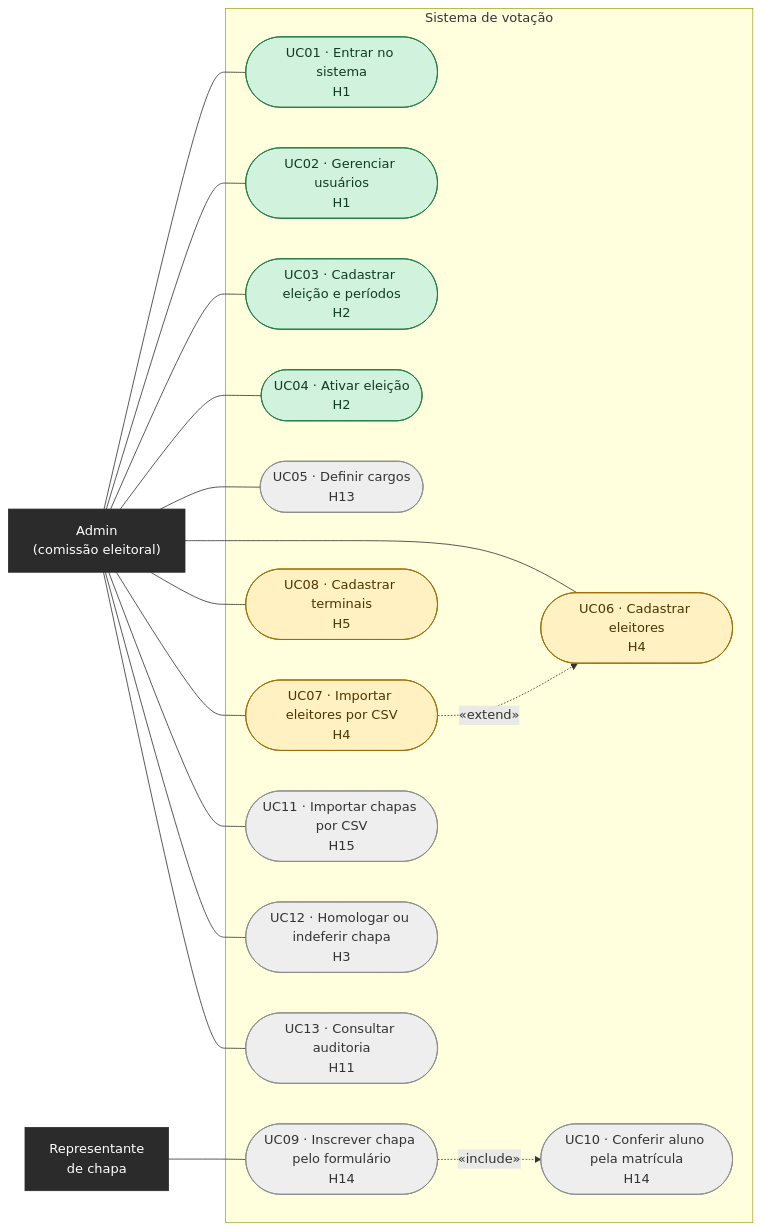
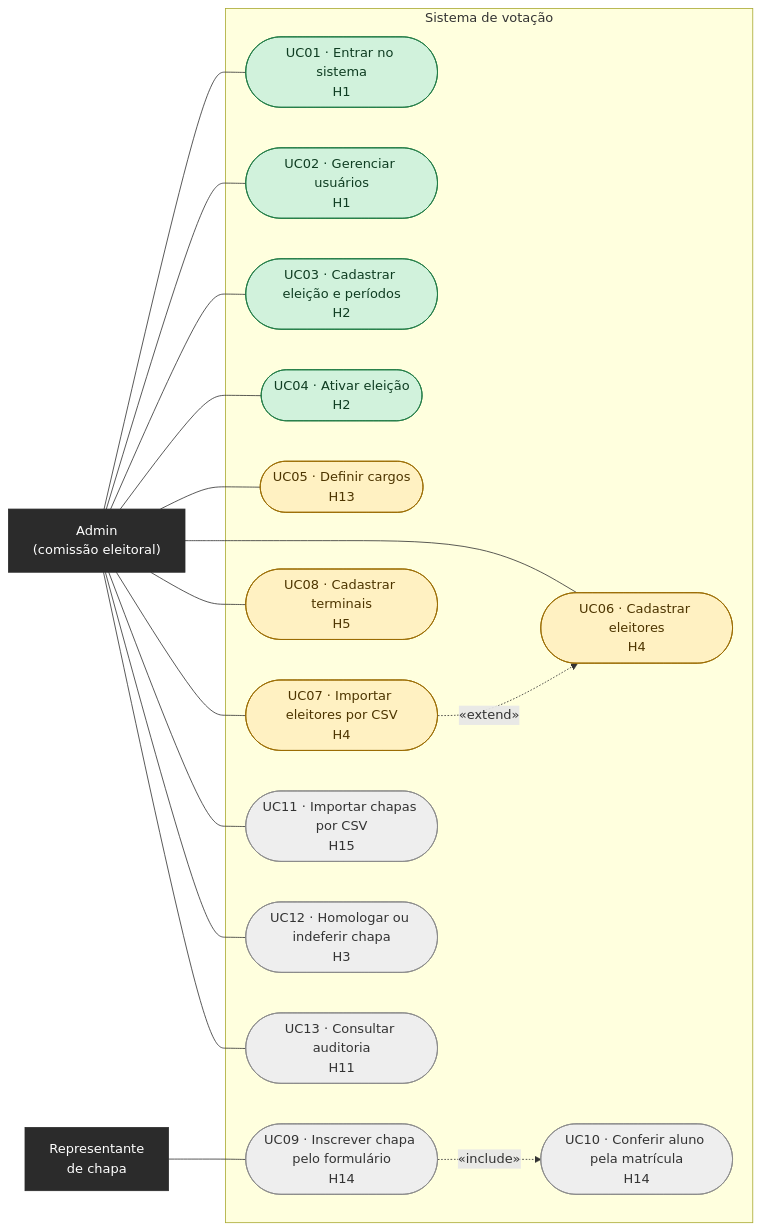
The second of 8 diagrams in docs/DIAGRAMAS.md (prof-ronildo-unicatolica/votacao-digitech), drawn with Mermaid before and after one commit.

Commit message:
docs: caso de uso UC05 (definir cargos) em revisão (H13)

````diff
--- a/docs/DIAGRAMAS.md
+++ b/docs/DIAGRAMAS.md
@@ -29,45 +29,45 @@
 ```mermaid
 flowchart LR
     ADM["Admin<br/>(comissão eleitoral)"]:::ator
     REP["Representante<br/>de chapa"]:::ator
 
     subgraph SIS["Sistema de votação"]
         UC01(["UC01 · Entrar no sistema<br/>H1"])
         UC02(["UC02 · Gerenciar usuários<br/>H1"])
         UC03(["UC03 · Cadastrar eleição e períodos<br/>H2"])
         UC04(["UC04 · Ativar eleição<br/>H2"])
         UC05(["UC05 · Definir cargos<br/>H13"])
         UC06(["UC06 · Cadastrar eleitores<br/>H4"])
         UC07(["UC07 · Importar eleitores por CSV<br/>H4"])
         UC08(["UC08 · Cadastrar terminais<br/>H5"])
         UC09(["UC09 · Inscrever chapa pelo formulário<br/>H14"])
         UC10(["UC10 · Conferir aluno pela matrícula<br/>H14"])
         UC11(["UC11 · Importar chapas por CSV<br/>H15"])
         UC12(["UC12 · Homologar ou indeferir chapa<br/>H3"])
         UC13(["UC13 · Consultar auditoria<br/>H11"])
     end
 
     ADM --- UC01
     ADM --- UC02
     ADM --- UC03
     ADM --- UC04
     ADM --- UC05
     ADM --- UC06
     ADM --- UC07
     ADM --- UC08
     ADM --- UC11
     ADM --- UC12
     ADM --- UC13
     REP --- UC09
 
     UC07 -. "«extend»" .-> UC06
     UC09 -. "«include»" .-> UC10
 
     class UC01,UC02,UC03,UC04 feito
-    class UC06,UC07,UC08 revisao
-    class UC05,UC09,UC10,UC11,UC12,UC13 afazer
+    class UC05,UC06,UC07,UC08 revisao
+    class UC09,UC10,UC11,UC12,UC13 afazer
     classDef ator fill:#2b2b2b,stroke:#2b2b2b,color:#ffffff
     classDef feito fill:#d1f2dc,stroke:#1e7a44,color:#0f3d22
     classDef revisao fill:#fff1c2,stroke:#9a6b00,color:#4d3500
     classDef afazer fill:#eeeeee,stroke:#8a8a8a,color:#333333
 ```
````
